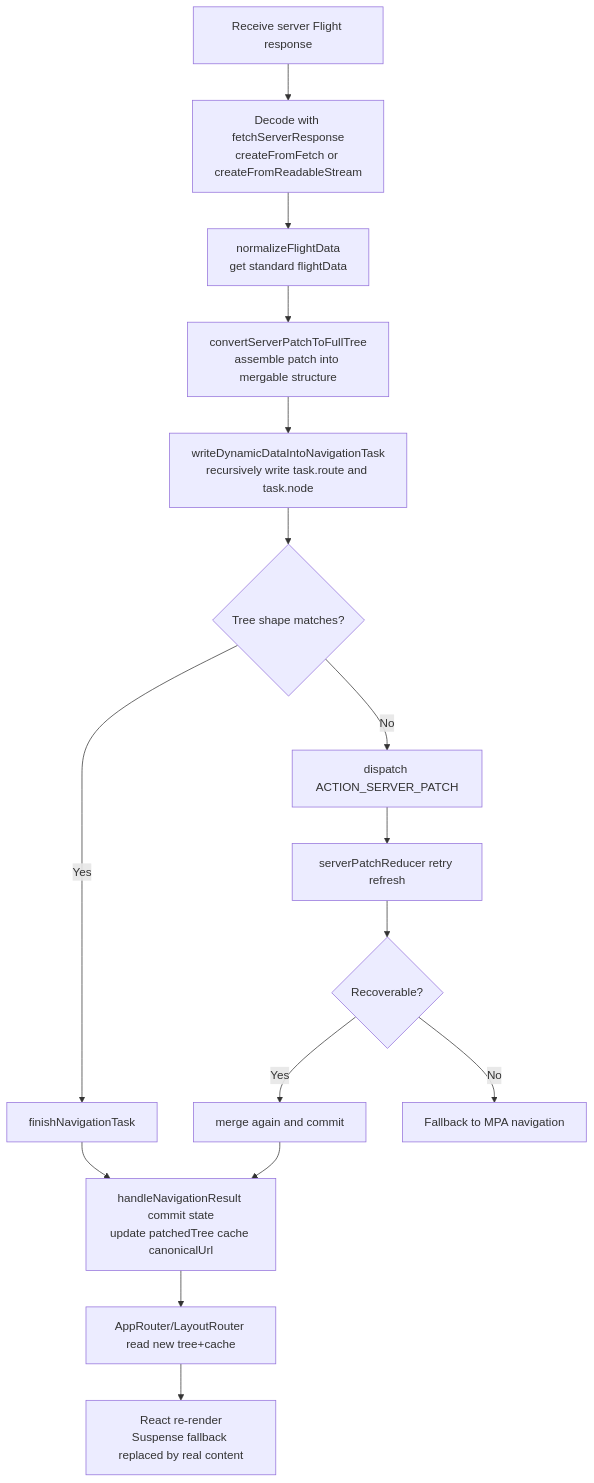
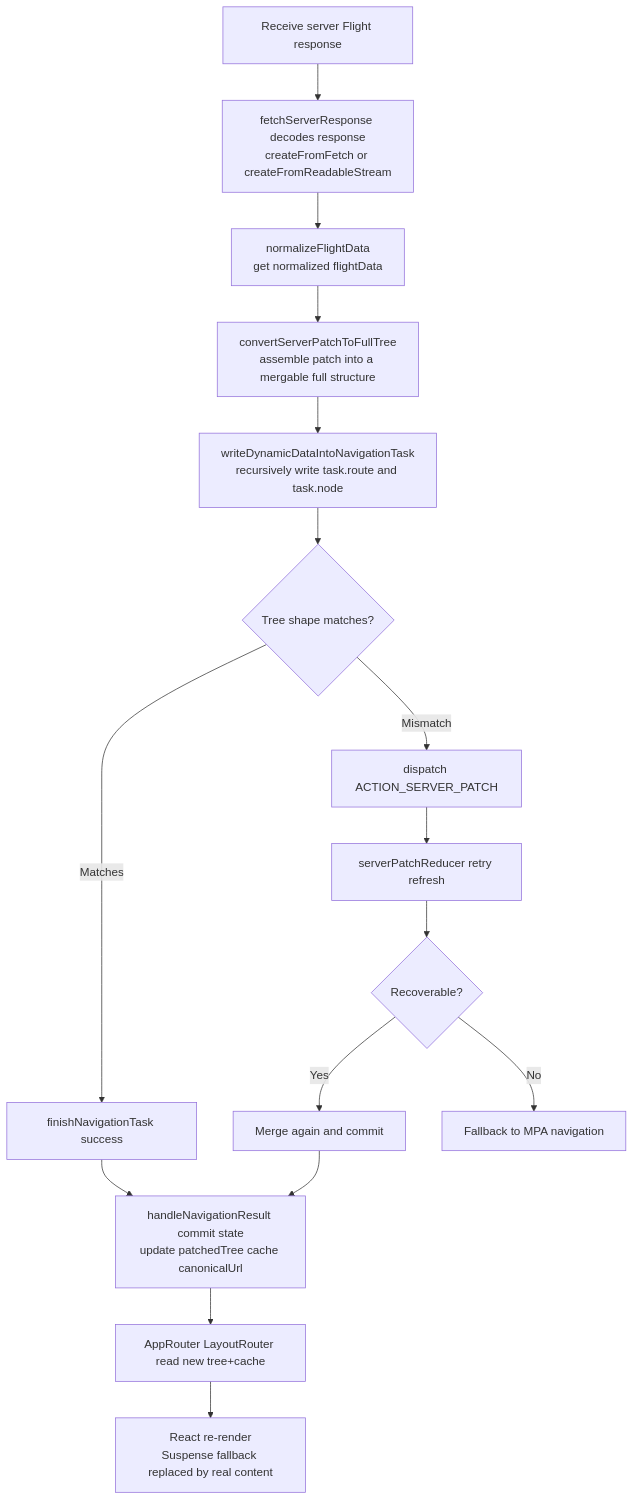
One commit to Dilettante258/homepage changed the second of 3 diagrams in src/content/blog/rsc-learn-en.md. Above: the diagram before and after it, drawn with Mermaid. The commit also changed other lines of this file and 1 other file, not shown here.

````diff
--- a/src/content/blog/rsc-learn-en.md
+++ b/src/content/blog/rsc-learn-en.md
@@ -207,19 +206,19 @@
 ```mermaid
 flowchart TD
-    A[Receive server Flight response] --> B[Decode with fetchServerResponse<br/>createFromFetch or createFromReadableStream]
-    B --> C[normalizeFlightData<br/>get standard flightData]
-    C --> D[convertServerPatchToFullTree<br/>assemble patch into mergable structure]
+    A[Receive server Flight response] --> B[fetchServerResponse decodes response<br/>createFromFetch or createFromReadableStream]
+    B --> C[normalizeFlightData<br/>get normalized flightData]
+    C --> D[convertServerPatchToFullTree<br/>assemble patch into a mergable full structure]
     D --> E[writeDynamicDataIntoNavigationTask<br/>recursively write task.route and task.node]
     E --> F{Tree shape matches?}
-    F -->|Yes| G[finishNavigationTask]
-    F -->|No| H[dispatch ACTION_SERVER_PATCH]
+    F -->|Matches| G[finishNavigationTask success]
+    F -->|Mismatch| H[dispatch ACTION_SERVER_PATCH]
     H --> I[serverPatchReducer retry refresh]
     I --> J{Recoverable?}
-    J -->|Yes| K[merge again and commit]
+    J -->|Yes| K[Merge again and commit]
     J -->|No| L[Fallback to MPA navigation]
 
     G --> M[handleNavigationResult commit state<br/>update patchedTree cache canonicalUrl]
     K --> M
-    M --> N[AppRouter/LayoutRouter read new tree+cache]
+    M --> N[AppRouter LayoutRouter read new tree+cache]
     N --> O[React re-render<br/>Suspense fallback replaced by real content]
 ```
````
